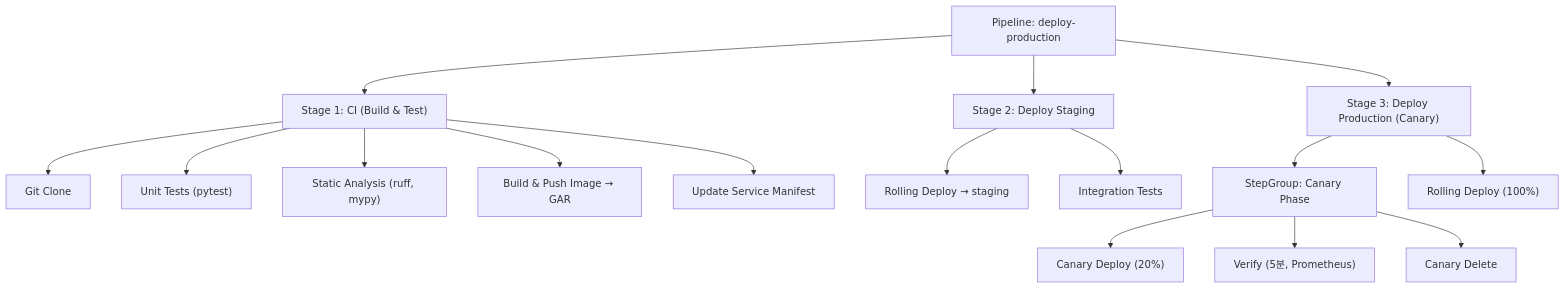
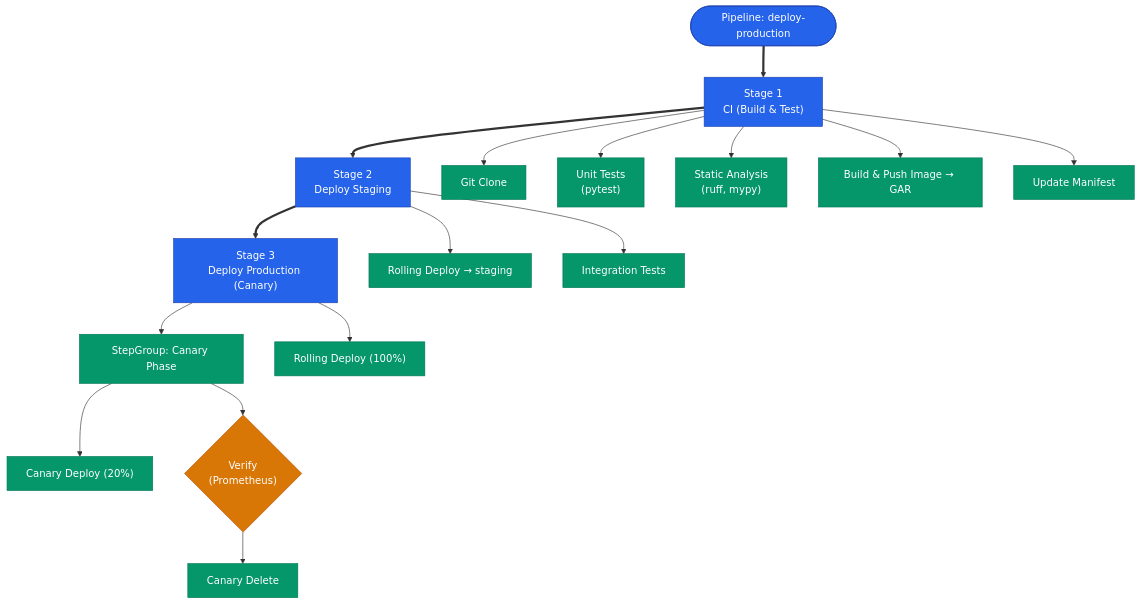
Before and after one commit to No1Joon/No1Joon.github.io: the diagram in _posts/2026-04-08-harness-03-pipeline.md, drawn with Mermaid. The commit also changed 1 other file, not shown here.

Commit message:
사이드바 폰트 크기 조정 및 Harness 다이어그램 재작성

````diff
--- a/_posts/2026-04-08-harness-03-pipeline.md
+++ b/_posts/2026-04-08-harness-03-pipeline.md
@@ -21,22 +21,31 @@
 ```mermaid
 flowchart TD
-    P["Pipeline: deploy-production"]
-    P --> S1["Stage 1: CI (Build & Test)"]
-    P --> S2["Stage 2: Deploy Staging"]
-    P --> S3["Stage 3: Deploy Production (Canary)"]
+    P(["Pipeline: deploy-production"])
+    P ==> S1["Stage 1<br/>CI (Build & Test)"]
+    S1 ==> S2["Stage 2<br/>Deploy Staging"]
+    S2 ==> S3["Stage 3<br/>Deploy Production (Canary)"]
 
     S1 --> S1A["Git Clone"]
-    S1 --> S1B["Unit Tests (pytest)"]
-    S1 --> S1C["Static Analysis (ruff, mypy)"]
+    S1 --> S1B["Unit Tests<br/>(pytest)"]
+    S1 --> S1C["Static Analysis<br/>(ruff, mypy)"]
     S1 --> S1D["Build & Push Image → GAR"]
-    S1 --> S1E["Update Service Manifest"]
+    S1 --> S1E["Update Manifest"]
 
     S2 --> S2A["Rolling Deploy → staging"]
     S2 --> S2B["Integration Tests"]
 
     S3 --> S3G["StepGroup: Canary Phase"]
     S3G --> S3A["Canary Deploy (20%)"]
-    S3G --> S3B["Verify (5분, Prometheus)"]
-    S3G --> S3C["Canary Delete"]
+    S3G --> S3B{"Verify<br/>(Prometheus)"}
+    S3B --> S3C["Canary Delete"]
     S3 --> S3D["Rolling Deploy (100%)"]
+
+    classDef primary fill:#2563eb,stroke:#1e40af,color:#ffffff
+    classDef success fill:#059669,stroke:#047857,color:#ffffff
+    classDef warn fill:#d97706,stroke:#b45309,color:#ffffff
+    classDef neutral fill:#475569,stroke:#334155,color:#ffffff
+
+    class P,S1,S2,S3 primary
+    class S1A,S1B,S1C,S1D,S1E,S2A,S2B,S3G,S3A,S3C,S3D success
+    class S3B warn
 ```
````
